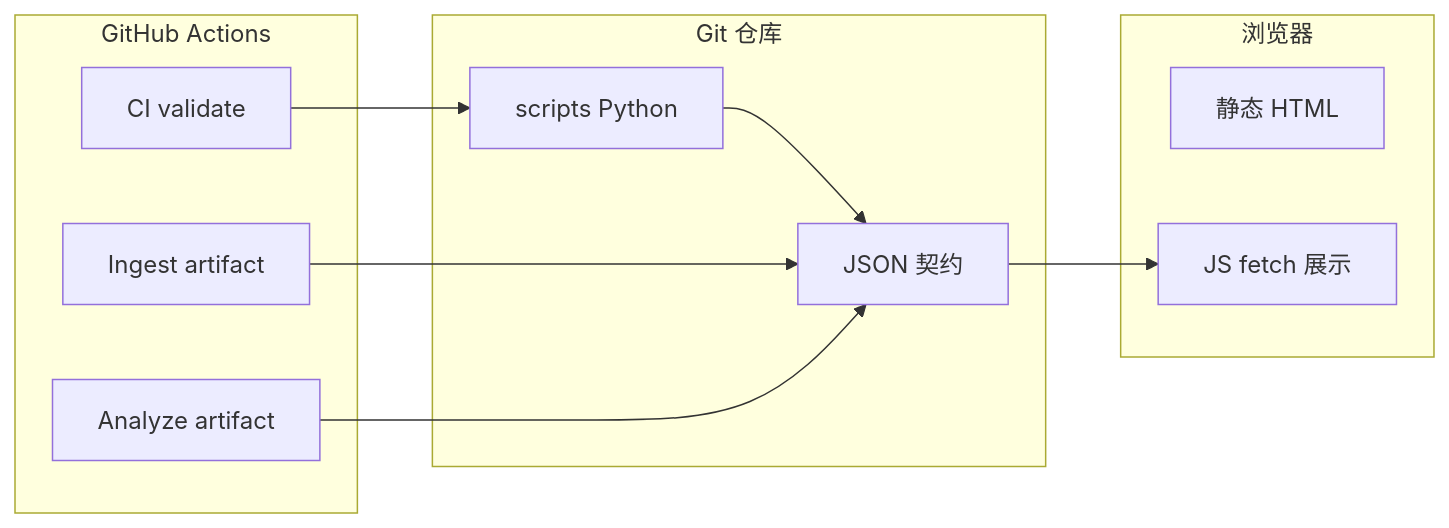
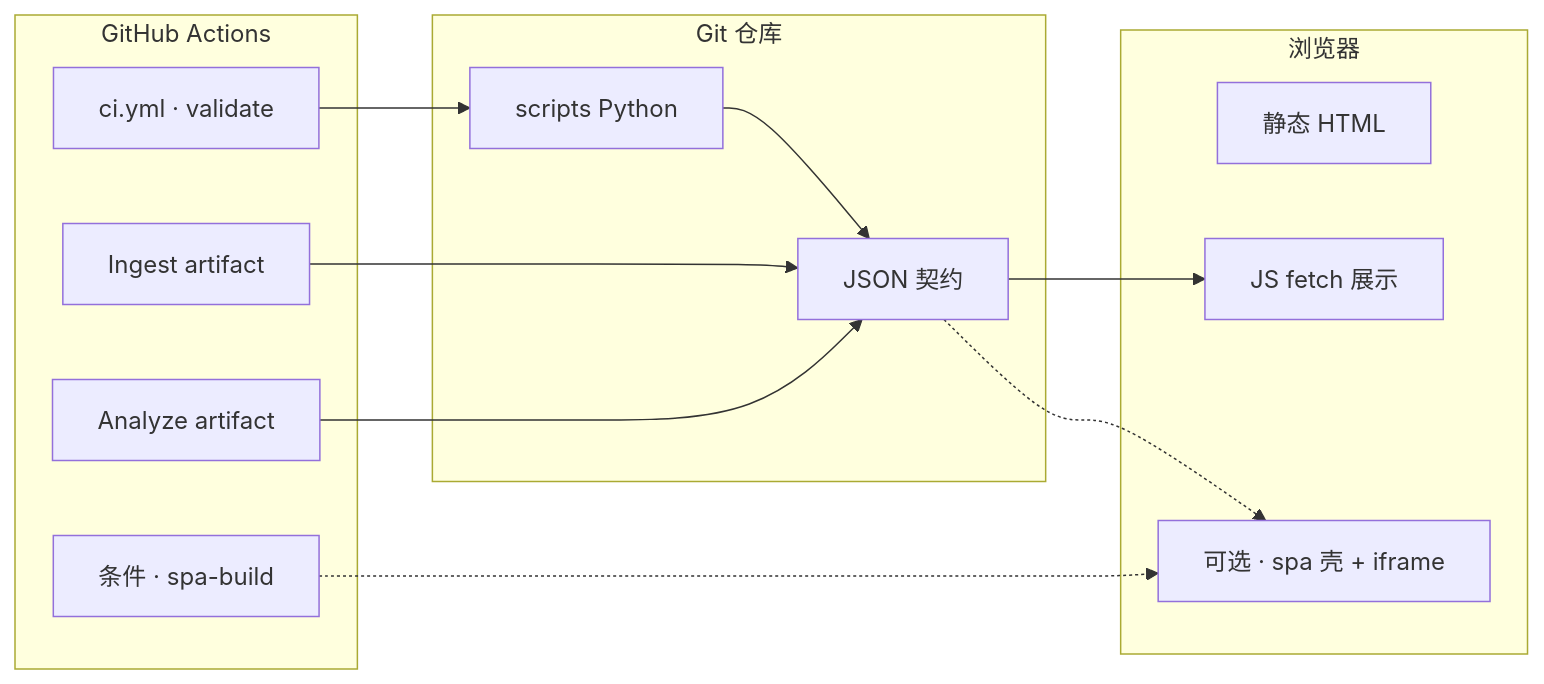
One commit to smartseanchain/ai-base-arch-evolution changed the diagram in docs/TECH_ARCHITECTURE_CAPABILITIES.md. Above: the diagram before and after it, drawn with Mermaid. The commit also changed other lines of this file and 199 other files, not shown here.

````diff
--- a/docs/TECH_ARCHITECTURE_CAPABILITIES.md
+++ b/docs/TECH_ARCHITECTURE_CAPABILITIES.md
@@ -20,21 +20,25 @@
 ```mermaid
 flowchart LR
   subgraph client [浏览器]
     HTML[静态 HTML]
     JS[JS fetch 展示]
+    SPA[可选 · spa 壳 + iframe]
   end
   subgraph repo [Git 仓库]
     JSON[JSON 契约]
     PY[scripts Python]
   end
   subgraph actions [GitHub Actions]
-    CI[CI validate]
+    CI[ci.yml · validate]
+    SPAJ[条件 · spa-build]
     ING[Ingest artifact]
     UPD[Analyze artifact]
   end
   JSON --> JS
+  JSON -.-> SPA
   PY --> JSON
   CI --> PY
+  SPAJ -.-> SPA
   ING --> JSON
   UPD --> JSON
 ```
````
